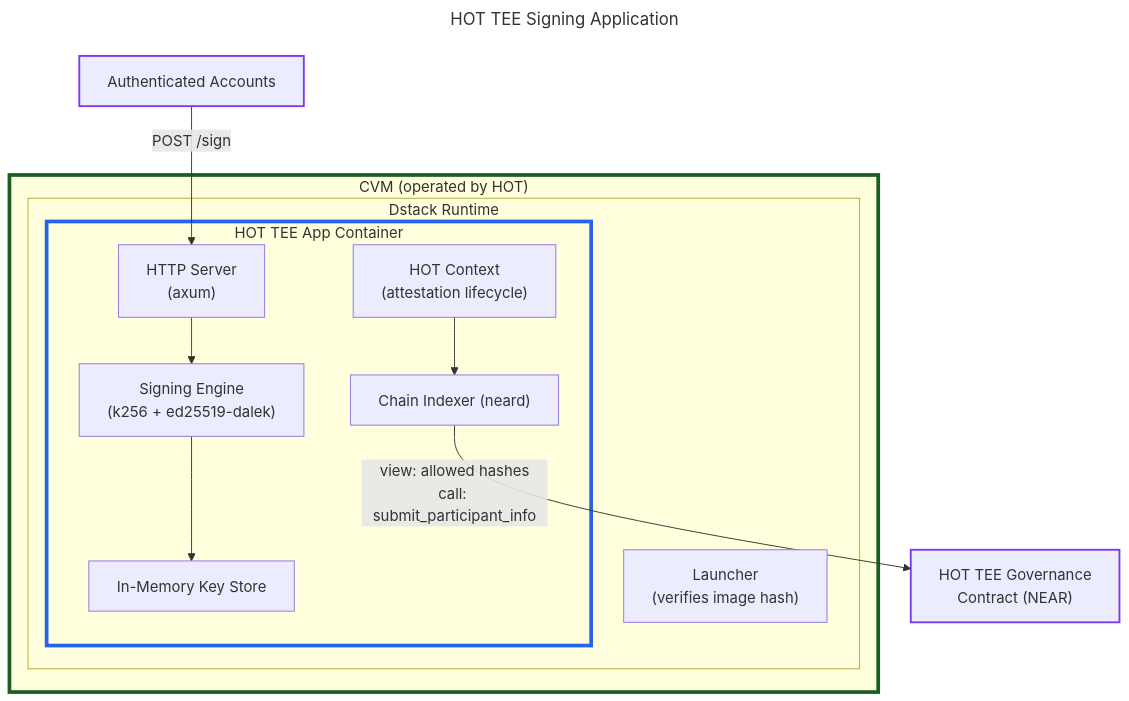
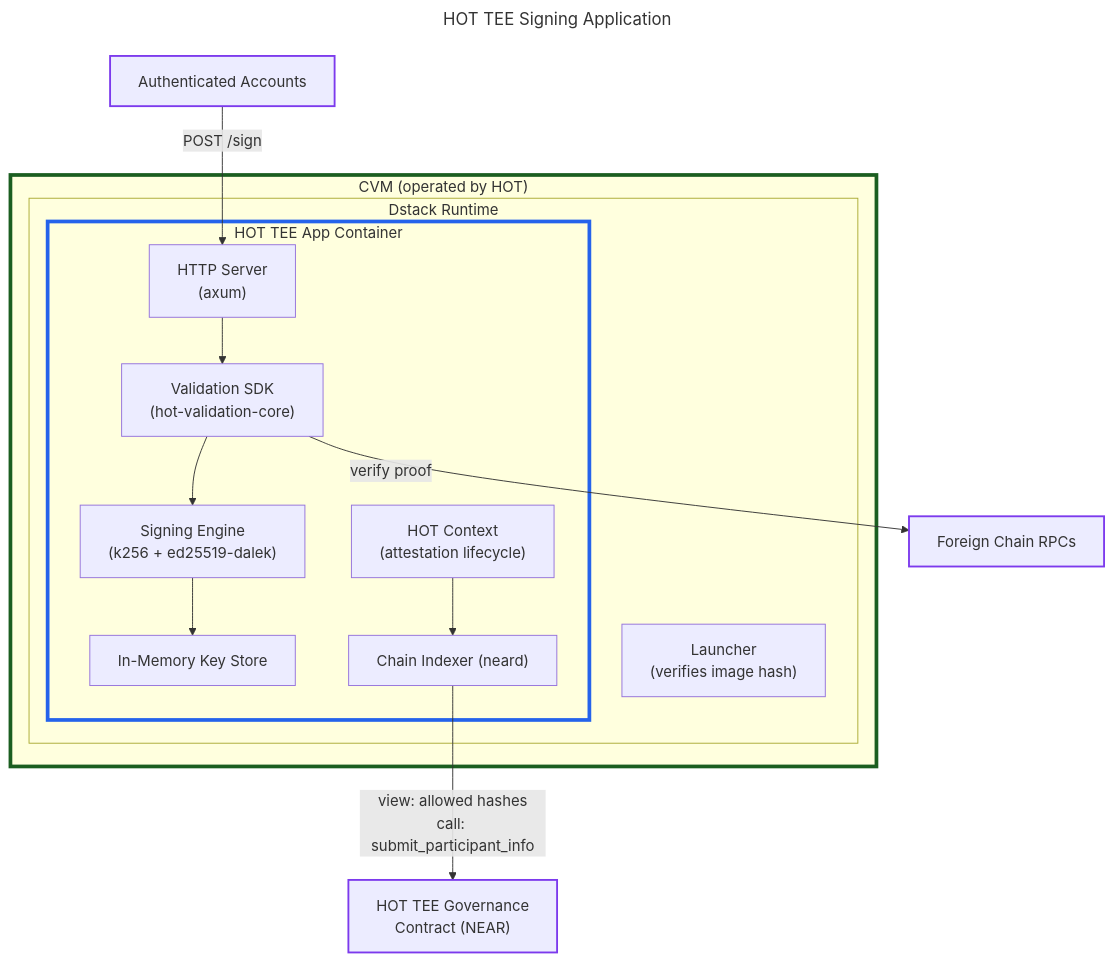
One commit to near/mpc changed the first of 4 diagrams in docs/hot-tee-signing-design.md. Above: the diagram before and after it, drawn with Mermaid. The commit also changed other lines of this file, not shown here.

````diff
--- a/docs/hot-tee-signing-design.md
+++ b/docs/hot-tee-signing-design.md
@@ -69,38 +68,43 @@
 ```mermaid
 ---
 title: HOT TEE Signing Application
 ---
 flowchart TB
 
 subgraph CVM["CVM (operated by HOT)"]
     subgraph DSTACK["Dstack Runtime"]
         LAUNCHER["Launcher<br/>(verifies image hash)"]
         subgraph HOT_APP["HOT TEE App Container"]
             HTTP["HTTP Server<br/>(axum)"]
+            VALIDATION["Validation SDK<br/>(hot-validation-core)"]
             SIGNER["Signing Engine<br/>(k256 + ed25519-dalek)"]
             KEYSTORE["In-Memory Key Store"]
             HOT_CTX["HOT Context<br/>(attestation lifecycle)"]
             INDEXER["Chain Indexer (neard)"]
         end
     end
 end
 
 CLIENT["Authenticated Accounts"]
 HOT_CONTRACT["HOT TEE Governance<br/>Contract (NEAR)"]
+RPC["Foreign Chain RPCs"]
 
 CLIENT -->|"POST /sign"| HTTP
-HTTP --> SIGNER
+HTTP --> VALIDATION
+VALIDATION -->|"verify proof"| RPC
+VALIDATION --> SIGNER
 SIGNER --> KEYSTORE
 
 HOT_CTX --> INDEXER
 INDEXER -->|"view: allowed hashes<br/>call: submit_participant_info"| HOT_CONTRACT
 
 classDef cvm stroke:#1b5e20,stroke-width:4px;
 classDef app stroke:#2563eb,stroke-width:4px;
 classDef ext stroke:#7c3aed,stroke-width:2px;
 
 class CVM cvm;
 class HOT_APP app;
 class HOT_CONTRACT ext;
 class CLIENT ext;
+class RPC ext;
 ```
````
